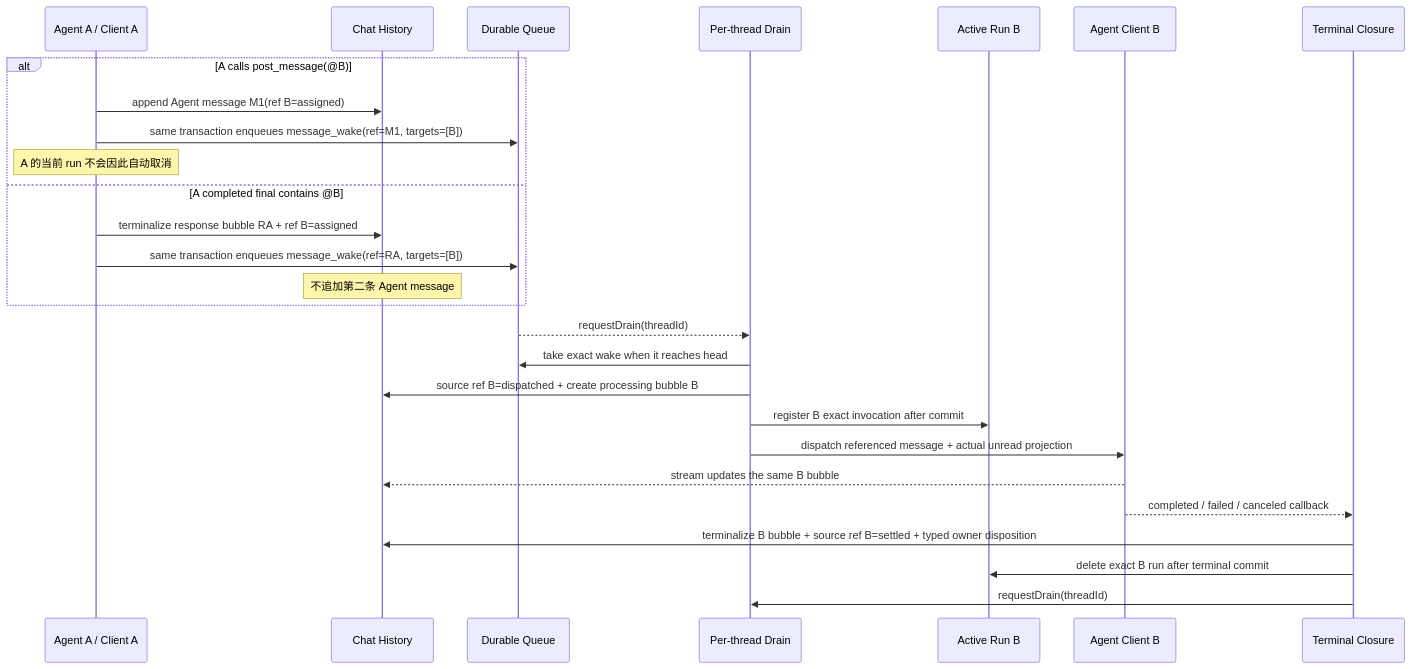
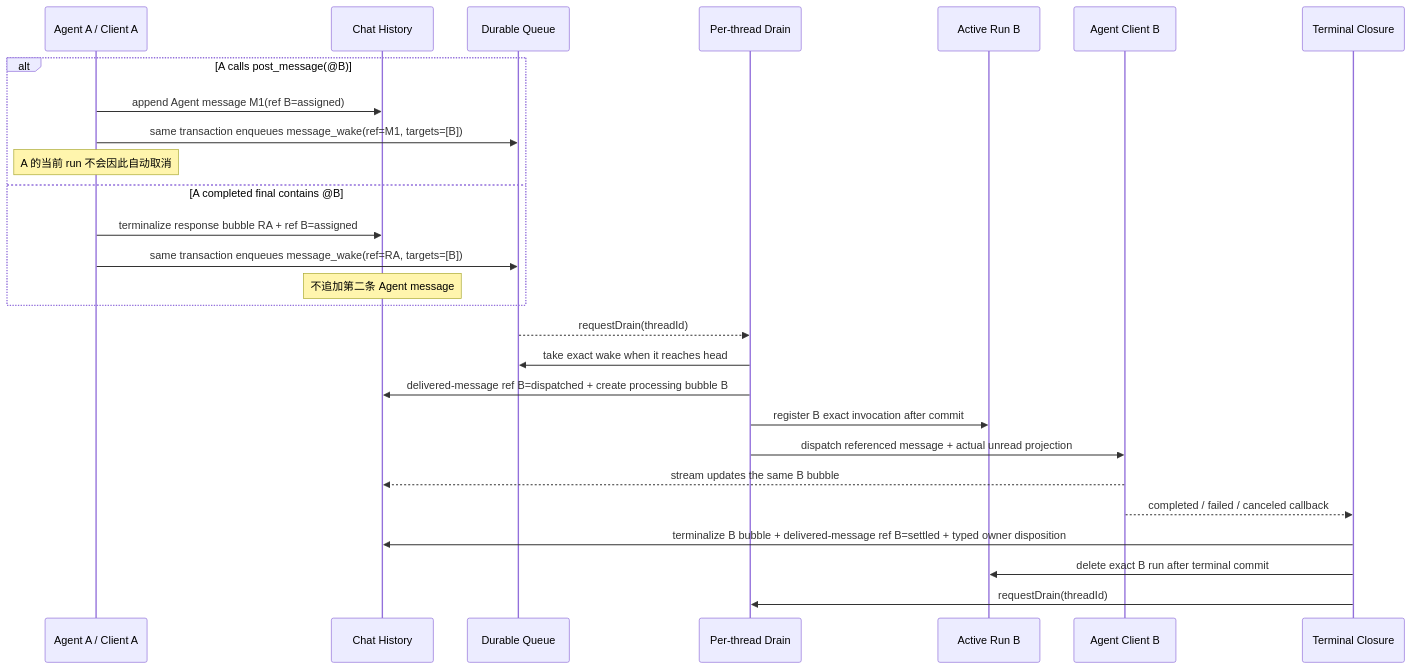
Before and after one commit to zts212653/clowder-ai: the second of 8 diagrams in docs/architecture/message-delivery-handling-handoff-audit.md, drawn with Mermaid. The commit also changed other lines of this file, not shown here.

First line of the commit message:
docs: anchor dispatch avatars to delivered messages

````diff
--- a/docs/architecture/message-delivery-handling-handoff-audit.md
+++ b/docs/architecture/message-delivery-handling-handoff-audit.md
@@ -127,30 +127,30 @@
 ```mermaid
 sequenceDiagram
     participant A as Agent A / Client A
     participant H as Chat History
     participant Q as Durable Queue
     participant D as Per-thread Drain
     participant R as Active Run B
     participant B as Agent Client B
     participant T as Terminal Closure
 
     alt A calls post_message(@B)
         A->>H: append Agent message M1(ref B=assigned)
         A->>Q: same transaction enqueues message_wake(ref=M1, targets=[B])
         Note over A: A 的当前 run 不会因此自动取消
     else A completed final contains @B
         A->>H: terminalize response bubble RA + ref B=assigned
         A->>Q: same transaction enqueues message_wake(ref=RA, targets=[B])
         Note over H: 不追加第二条 Agent message
     end
     Q-->>D: requestDrain(threadId)
     D->>Q: take exact wake when it reaches head
-    D->>H: source ref B=dispatched + create processing bubble B
+    D->>H: delivered-message ref B=dispatched + create processing bubble B
     D->>R: register B exact invocation after commit
     D->>B: dispatch referenced message + actual unread projection
     B-->>H: stream updates the same B bubble
     B-->>T: completed / failed / canceled callback
-    T->>H: terminalize B bubble + source ref B=settled + typed owner disposition
+    T->>H: terminalize B bubble + delivered-message ref B=settled + typed owner disposition
     T->>R: delete exact B run after terminal commit
     T->>D: requestDrain(threadId)
 ```
````
